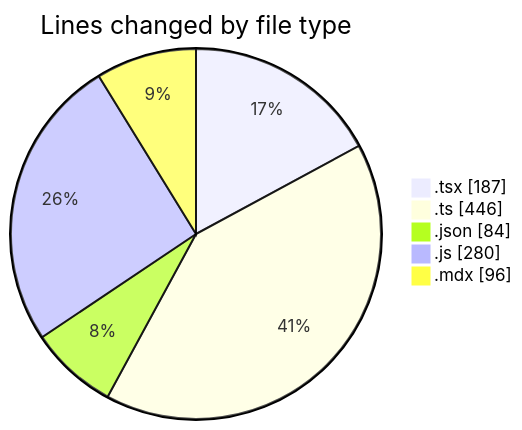
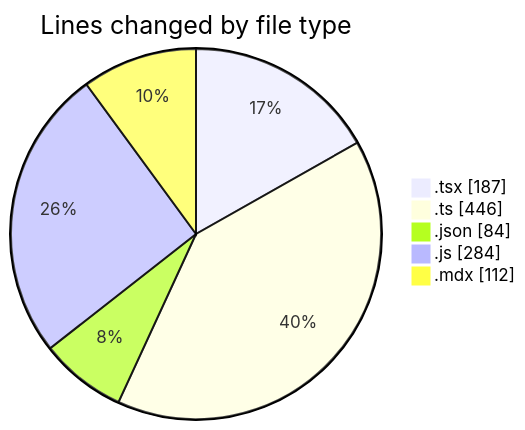
One commit to momahboobian/code-tracking changed the first of 2 diagrams in 2026-03-30/cda/README.md. Above: the diagram before and after it, drawn with Mermaid. The commit also changed other lines of this file and 1 other file, not shown here.

````diff
--- a/2026-03-30/cda/README.md
+++ b/2026-03-30/cda/README.md
@@ -24,9 +24,9 @@
 ```mermaid
 pie showData
 title Lines changed by file type
 ".tsx" : 187
 ".ts" : 446
 ".json" : 84
-".js" : 280
-".mdx" : 96
+".js" : 284
+".mdx" : 112
 ```
````
